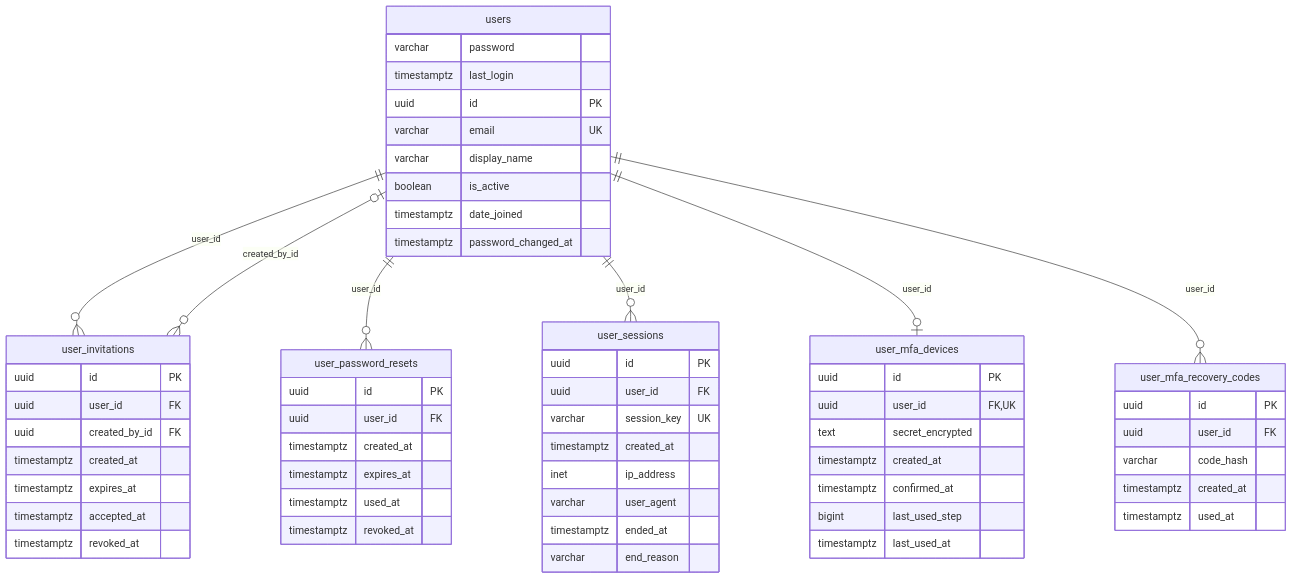
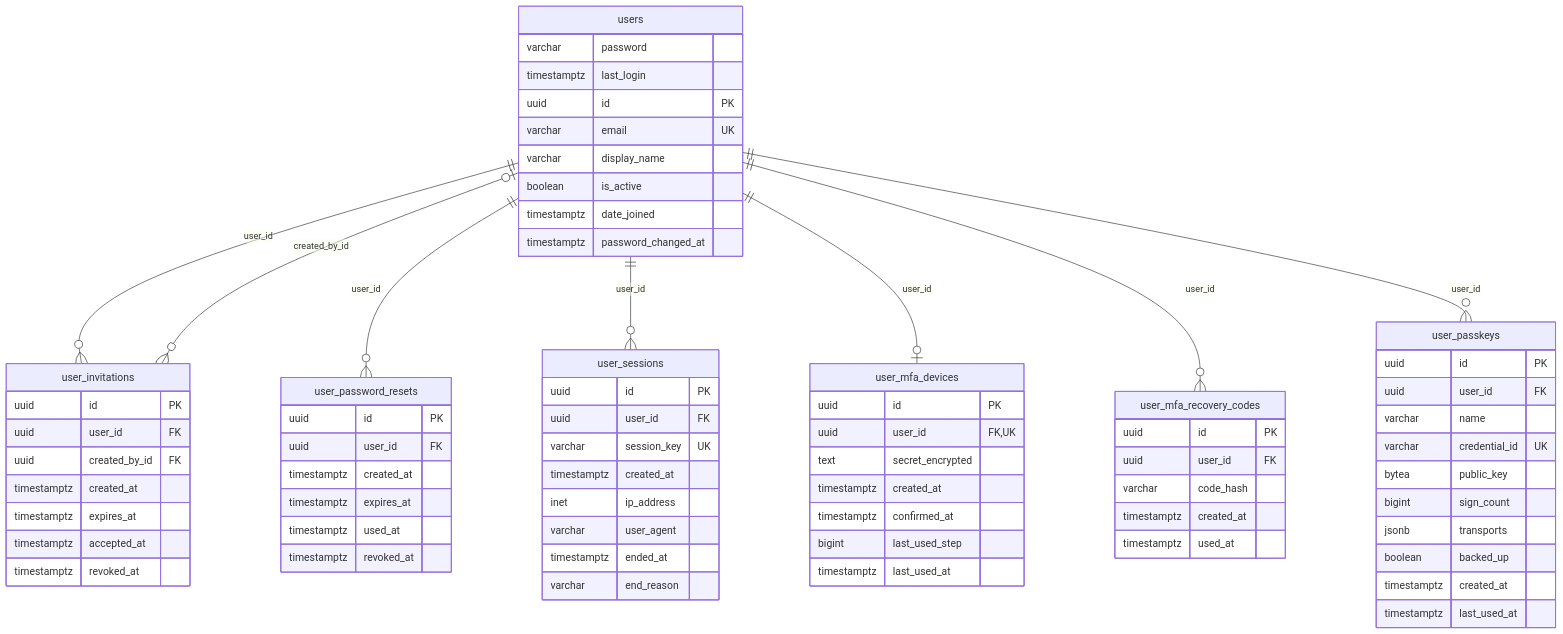
Before and after one commit to vijayant-pandey/HIMS_Advanced: the eighth of 17 diagrams in docs/architecture/data-architecture/erd.md, drawn with Mermaid. The commit also changed other lines of this file and 65 other files, not shown here.

First line of the commit message:
HIMS-IAM-014: passkeys as a second factor for sign-in and confirm-it's-you; console passkey removal (#47)

````diff
--- a/docs/architecture/data-architecture/erd.md
+++ b/docs/architecture/data-architecture/erd.md
@@ -572,62 +574,75 @@
 ```mermaid
 erDiagram
     users {
         varchar password
         timestamptz last_login
         uuid id PK
         varchar email UK
         varchar display_name
         boolean is_active
         timestamptz date_joined
         timestamptz password_changed_at
     }
     user_invitations {
         uuid id PK
         uuid user_id FK
         uuid created_by_id FK
         timestamptz created_at
         timestamptz expires_at
         timestamptz accepted_at
         timestamptz revoked_at
     }
     user_password_resets {
         uuid id PK
         uuid user_id FK
         timestamptz created_at
         timestamptz expires_at
         timestamptz used_at
         timestamptz revoked_at
     }
     user_sessions {
         uuid id PK
         uuid user_id FK
         varchar session_key UK
         timestamptz created_at
         inet ip_address
         varchar user_agent
         timestamptz ended_at
         varchar end_reason
     }
     user_mfa_devices {
         uuid id PK
         uuid user_id FK, UK
         text secret_encrypted
         timestamptz created_at
         timestamptz confirmed_at
         bigint last_used_step
         timestamptz last_used_at
     }
     user_mfa_recovery_codes {
         uuid id PK
         uuid user_id FK
         varchar code_hash
         timestamptz created_at
         timestamptz used_at
     }
+    user_passkeys {
+        uuid id PK
+        uuid user_id FK
+        varchar name
+        varchar credential_id UK
+        bytea public_key
+        bigint sign_count
+        jsonb transports
+        boolean backed_up
+        timestamptz created_at
+        timestamptz last_used_at
+    }
     users ||--o{ user_invitations : "user_id"
     users |o--o{ user_invitations : "created_by_id"
     users ||--o{ user_password_resets : "user_id"
     users ||--o{ user_sessions : "user_id"
     users ||--o| user_mfa_devices : "user_id"
     users ||--o{ user_mfa_recovery_codes : "user_id"
+    users ||--o{ user_passkeys : "user_id"
 ```
````
